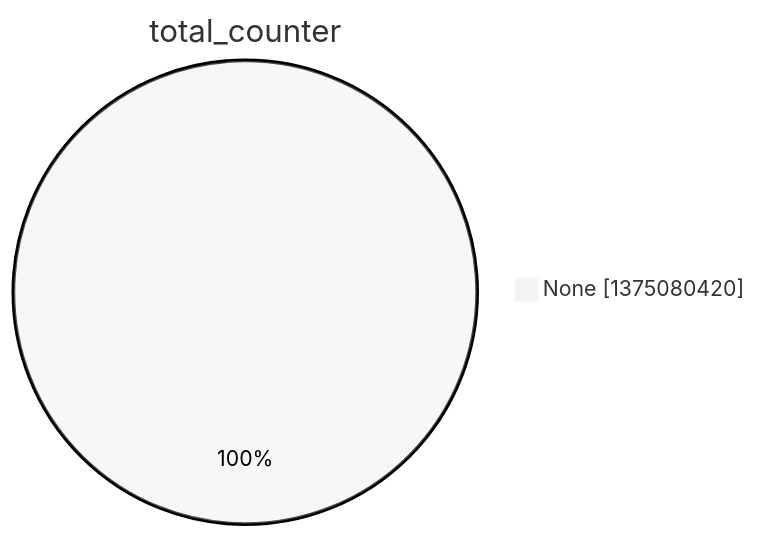
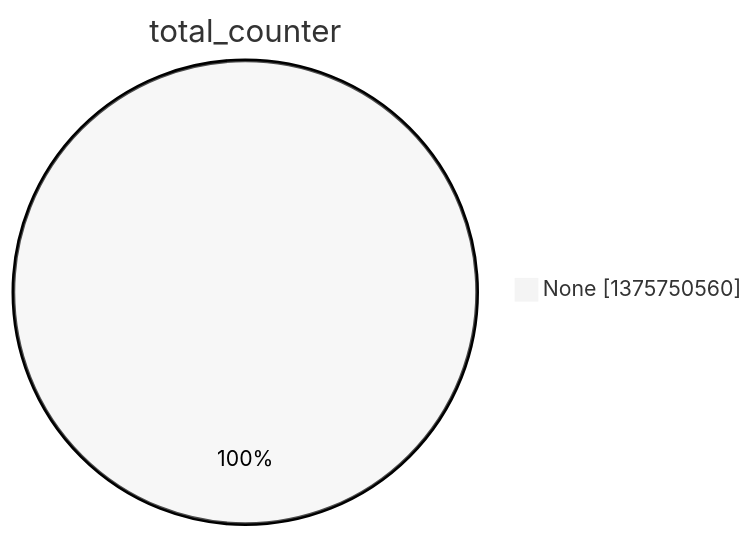
The second of 15 diagrams in argon2022/README.md (christiankrug/ctmonitor_visualization), drawn with Mermaid (neutral theme) before and after one commit. The commit also changed other lines of this file, not shown here.

````diff
--- a/argon2022/README.md
+++ b/argon2022/README.md
@@ -9,5 +9,5 @@
 ```mermaid
 pie showData
 title total_counter
-"None" :1375080420
+"None" :1375750560
 ```
````
